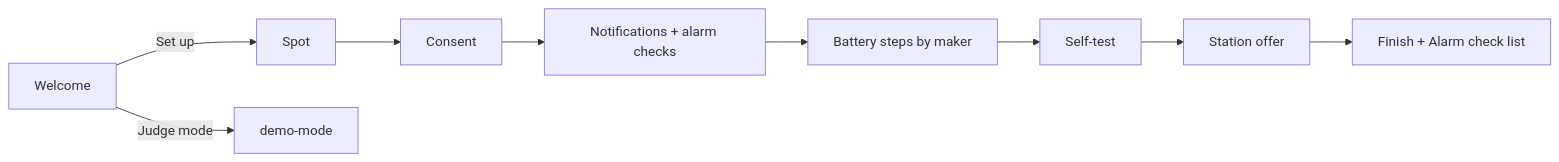
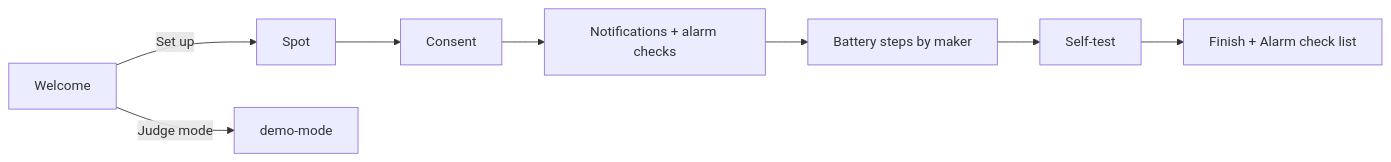
The first of 4 diagrams in .kiro/specs/onboarding/design.md (3akare/outage), drawn with Mermaid before and after one commit. The commit also changed 88 other files, not shown here.

````diff
--- a/.kiro/specs/onboarding/design.md
+++ b/.kiro/specs/onboarding/design.md
@@ -7,11 +7,10 @@
 ```mermaid
 flowchart LR
     W[Welcome] -->|Set up| SP[Spot]
     W -->|Judge mode| J[demo-mode]
     SP --> C[Consent]
     C --> N[Notifications + alarm checks]
     N --> B[Battery steps by maker]
     B --> T[Self-test]
-    T --> S[Station offer]
-    S --> F[Finish + Alarm check list]
+    T --> F[Finish + Alarm check list]
 ```
````
